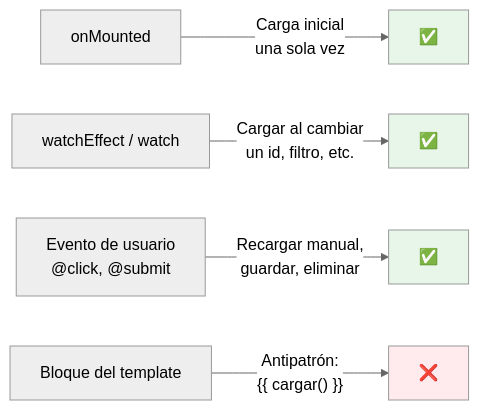
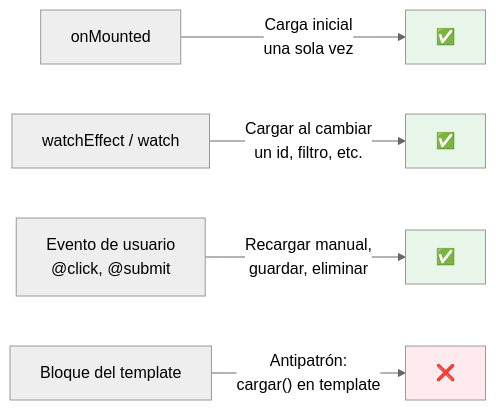
One commit to fgtortosa/cursos-2026 changed the third of 4 diagrams in curso-normalizacion/por-publicar/04-integracion/sesiones/sesion-11-api-autenticacion/index.md. Above: the diagram before and after it, drawn with Mermaid (neutral theme). The commit also changed other lines of this file and 77 other files, not shown here.

````diff
--- a/curso-normalizacion/por-publicar/04-integracion/sesiones/sesion-11-api-autenticacion/index.md
+++ b/curso-normalizacion/por-publicar/04-integracion/sesiones/sesion-11-api-autenticacion/index.md
@@ -343,11 +343,11 @@
 ```mermaid
 flowchart LR
     A[onMounted] -->|"Carga inicial<br/>una sola vez"| OK1[✅]
     B[watchEffect / watch] -->|"Cargar al cambiar<br/>un id, filtro, etc."| OK2[✅]
     C[Evento de usuario<br/>@click, @submit] -->|"Recargar manual,<br/>guardar, eliminar"| OK3[✅]
-    D[Bloque del template] -->|"Antipatrón:<br/>{{ cargar() }}"| KO[❌]
+    D[Bloque del template] -->|"Antipatrón:<br/>cargar() en template"| KO[❌]
     style OK1 fill:#e8f5e9
     style OK2 fill:#e8f5e9
     style OK3 fill:#e8f5e9
     style KO fill:#ffebee
 ```
````
